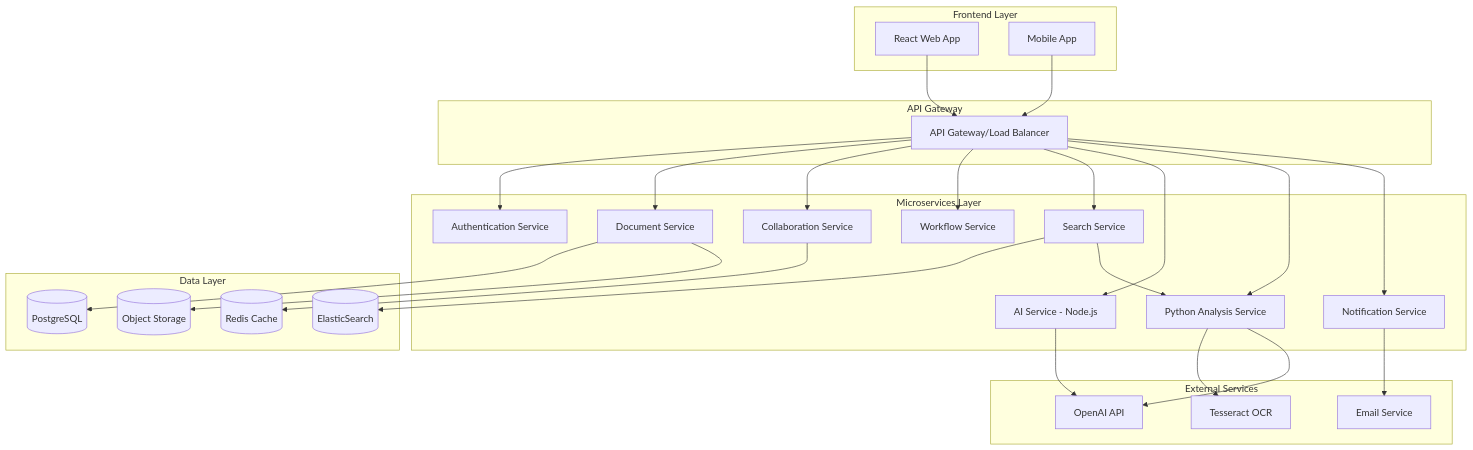
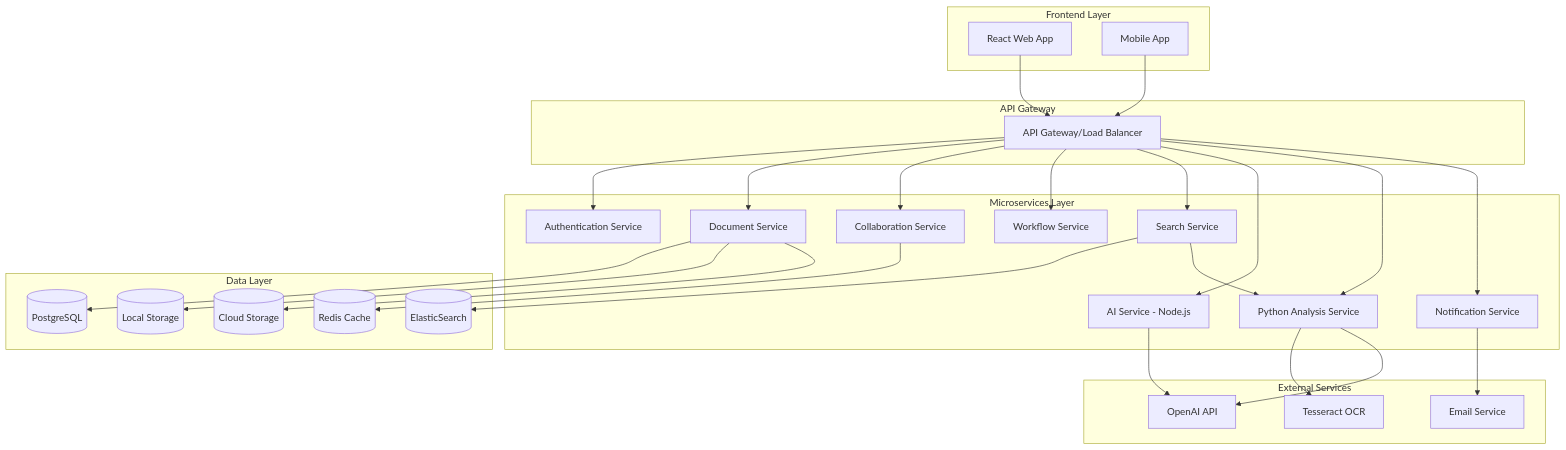
Before and after one commit to belmiro-kunga/Document_Manager_Organi: the first of 3 diagrams in .kiro/specs/advanced-document-management-system/design.md, drawn with Mermaid. The commit also changed other lines of this file and 2 other files, not shown here.

````diff
--- a/.kiro/specs/advanced-document-management-system/design.md
+++ b/.kiro/specs/advanced-document-management-system/design.md
@@ -11,56 +11,58 @@
 ```mermaid
 graph TB
     subgraph "Frontend Layer"
         WEB[React Web App]
         MOBILE[Mobile App]
     end
     
     subgraph "API Gateway"
         GATEWAY[API Gateway/Load Balancer]
     end
     
     subgraph "Microservices Layer"
         AUTH[Authentication Service]
         DOC[Document Service]
         COLLAB[Collaboration Service]
         WORKFLOW[Workflow Service]
         SEARCH[Search Service]
         AI[AI Service - Node.js]
         PYTHON[Python Analysis Service]
         NOTIFICATION[Notification Service]
     end
     
     subgraph "Data Layer"
         POSTGRES[(PostgreSQL)]
         ELASTIC[(ElasticSearch)]
         REDIS[(Redis Cache)]
-        S3[(Object Storage)]
+        LOCAL[(Local Storage)]
+        S3[(Cloud Storage)]
     end
     
     subgraph "External Services"
         OPENAI[OpenAI API]
         EMAIL[Email Service]
         TESSERACT[Tesseract OCR]
     end
     
     WEB --> GATEWAY
     MOBILE --> GATEWAY
     GATEWAY --> AUTH
     GATEWAY --> DOC
     GATEWAY --> COLLAB
     GATEWAY --> WORKFLOW
     GATEWAY --> SEARCH
     GATEWAY --> AI
     GATEWAY --> PYTHON
     GATEWAY --> NOTIFICATION
     
     DOC --> POSTGRES
+    DOC --> LOCAL
     DOC --> S3
     SEARCH --> ELASTIC
     COLLAB --> REDIS
     AI --> OPENAI
     PYTHON --> TESSERACT
     PYTHON --> OPENAI
     NOTIFICATION --> EMAIL
     SEARCH --> PYTHON
 ```
````
